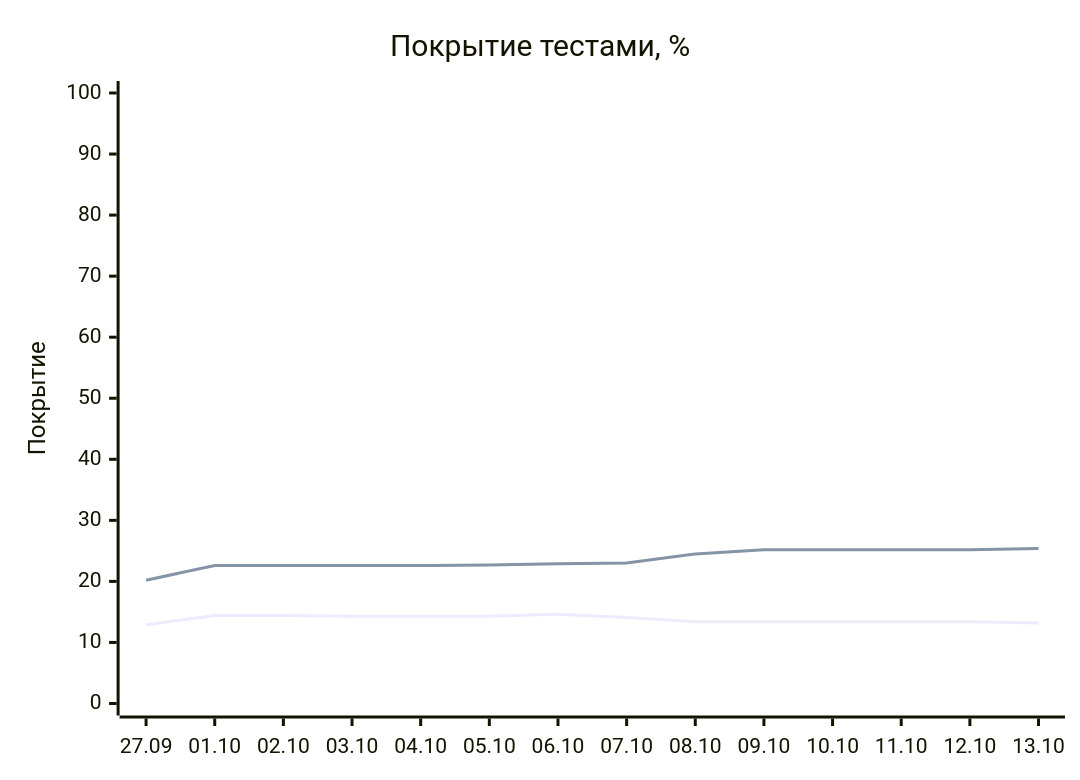
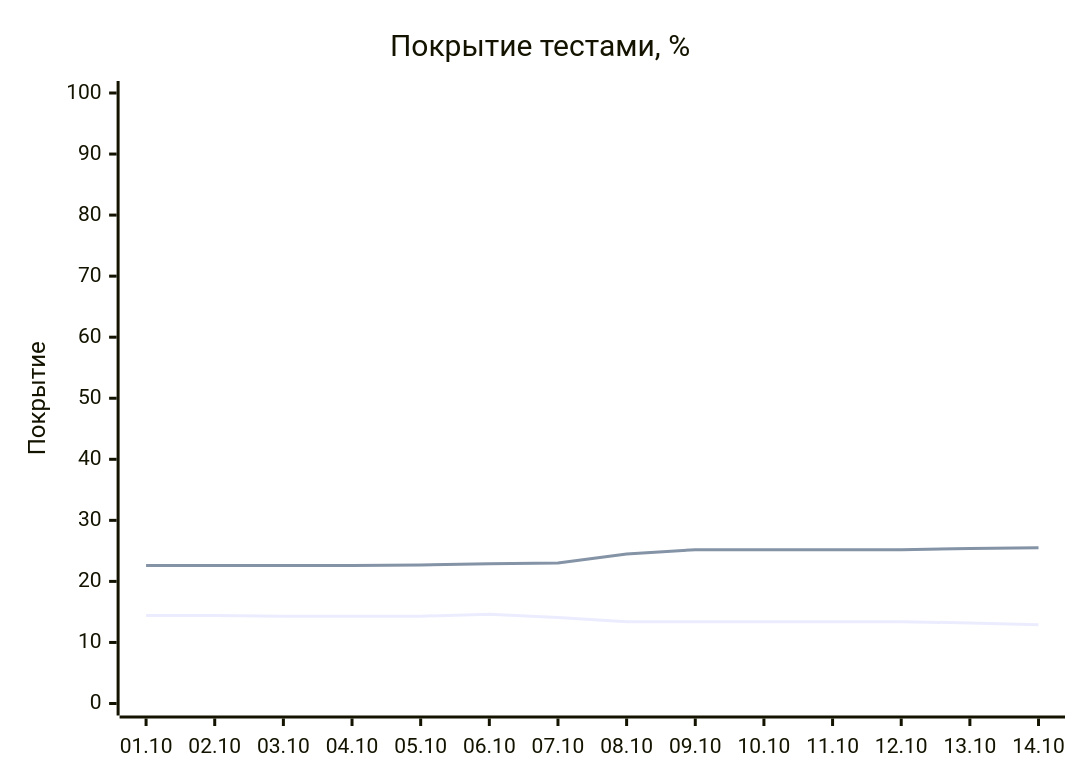
The diagram in README.md (EvgeniBondarev/coverage-report), drawn with Mermaid before and after one commit. The commit also changed other lines of this file and 3030 other files, not shown here.

````diff
--- a/README.md
+++ b/README.md
@@ -19,8 +19,8 @@
 ```mermaid
 xychart-beta
     title "Покрытие тестами, %"
-    x-axis ["27.09", "01.10", "02.10", "03.10", "04.10", "05.10", "06.10", "07.10", "08.10", "09.10", "10.10", "11.10", "12.10", "13.10"]
+    x-axis ["01.10", "02.10", "03.10", "04.10", "05.10", "06.10", "07.10", "08.10", "09.10", "10.10", "11.10", "12.10", "13.10", "14.10"]
     y-axis "Покрытие" 0 --> 100
-    line [12.9, 14.4, 14.4, 14.3, 14.3, 14.3, 14.6, 14.1, 13.4, 13.4, 13.4, 13.4, 13.4, 13.2]
-    line [20.2, 22.6, 22.6, 22.6, 22.6, 22.7, 22.9, 23, 24.5, 25.2, 25.2, 25.2, 25.2, 25.4]
+    line [14.4, 14.4, 14.3, 14.3, 14.3, 14.6, 14.1, 13.4, 13.4, 13.4, 13.4, 13.4, 13.2, 12.9]
+    line [22.6, 22.6, 22.6, 22.6, 22.7, 22.9, 23, 24.5, 25.2, 25.2, 25.2, 25.2, 25.4, 25.5]
 ```
````
